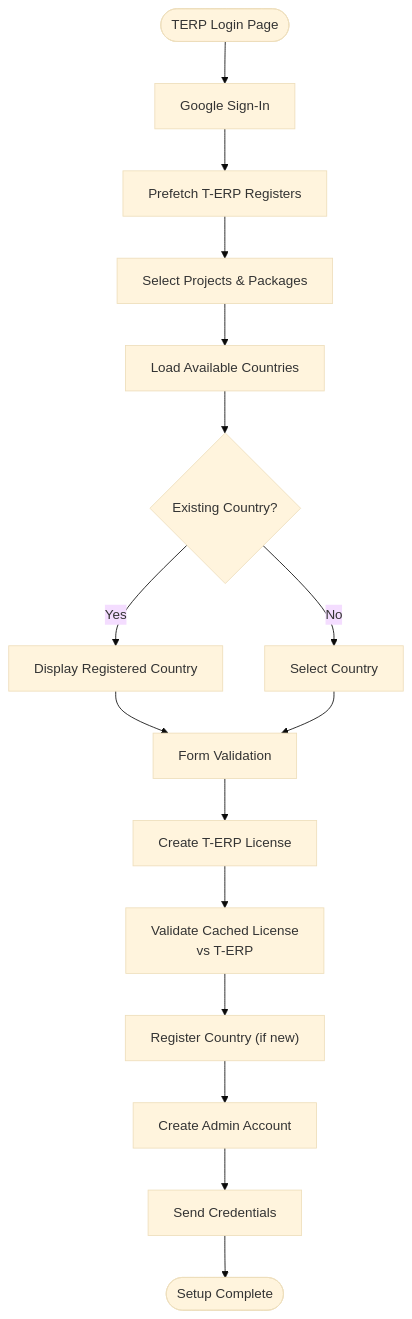
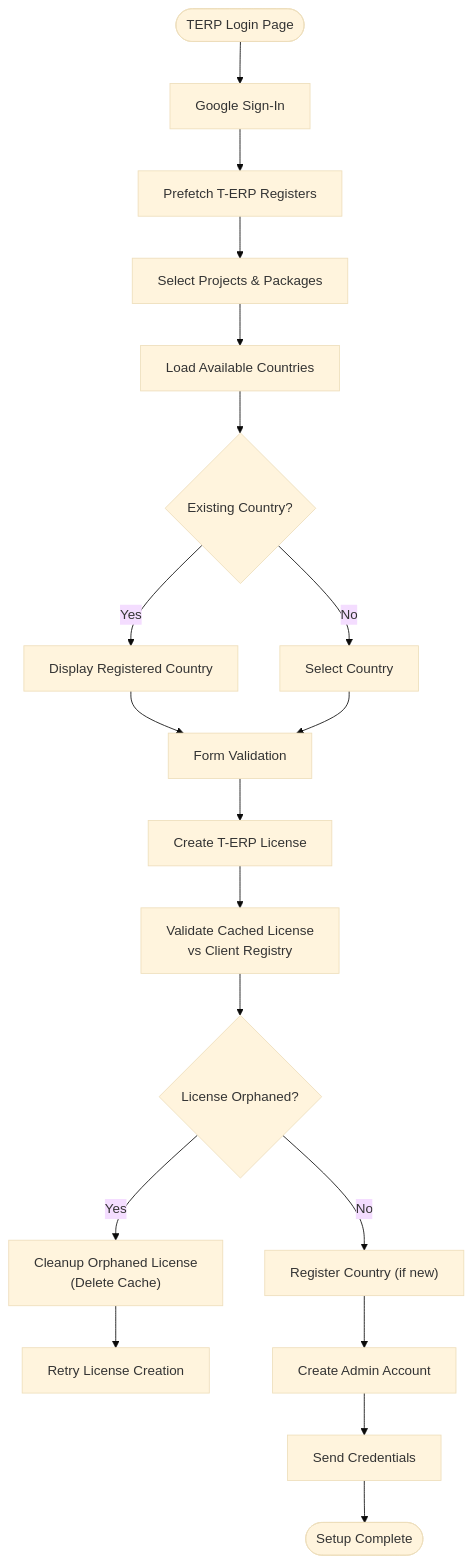
The third of 5 diagrams in .qoder/repowiki/en/content/Application Architecture/Authentication & Authorization.md (imcbsglobal/TRELLISCO_ERP_FRONTEND), drawn with Mermaid (base theme) before and after one commit. The commit also changed other lines of this file and 27 other files, not shown here.

````diff
--- a/.qoder/repowiki/en/content/Application Architecture/Authentication & Authorization.md
+++ b/.qoder/repowiki/en/content/Application Architecture/Authentication & Authorization.md
@@ -243,18 +241,21 @@
 ```mermaid
 flowchart TD
 Start(["TERP Login Page"]) --> GoogleAuth["Google Sign-In"]
 GoogleAuth --> Prefetch["Prefetch T-ERP Registers"]
 Prefetch --> ProjectSelection["Select Projects & Packages"]
 ProjectSelection --> CountryCheck["Load Available Countries"]
 CountryCheck --> ExistingCountry{"Existing Country?"}
 ExistingCountry --> |Yes| LockedCountry["Display Registered Country"]
 ExistingCountry --> |No| CountrySelection["Select Country"]
 LockedCountry --> Validation["Form Validation"]
 CountrySelection --> Validation
 Validation --> LicenseCreation["Create T-ERP License"]
-LicenseCreation --> CacheValidation["Validate Cached License<br/>vs T-ERP"]
-CacheValidation --> CountryRegistration["Register Country (if new)"]
+LicenseCreation --> CacheValidation["Validate Cached License<br/>vs Client Registry"]
+CacheValidation --> OrphanedCheck{"License Orphaned?"}
+OrphanedCheck --> |Yes| Cleanup["Cleanup Orphaned License<br/>(Delete Cache)"]
+OrphanedCheck --> |No| CountryRegistration["Register Country (if new)"]
+Cleanup --> Retry["Retry License Creation"]
 CountryRegistration --> AdminAccount["Create Admin Account"]
 AdminAccount --> CredentialDelivery["Send Credentials"]
 CredentialDelivery --> Success(["Setup Complete"])
 ```
````
